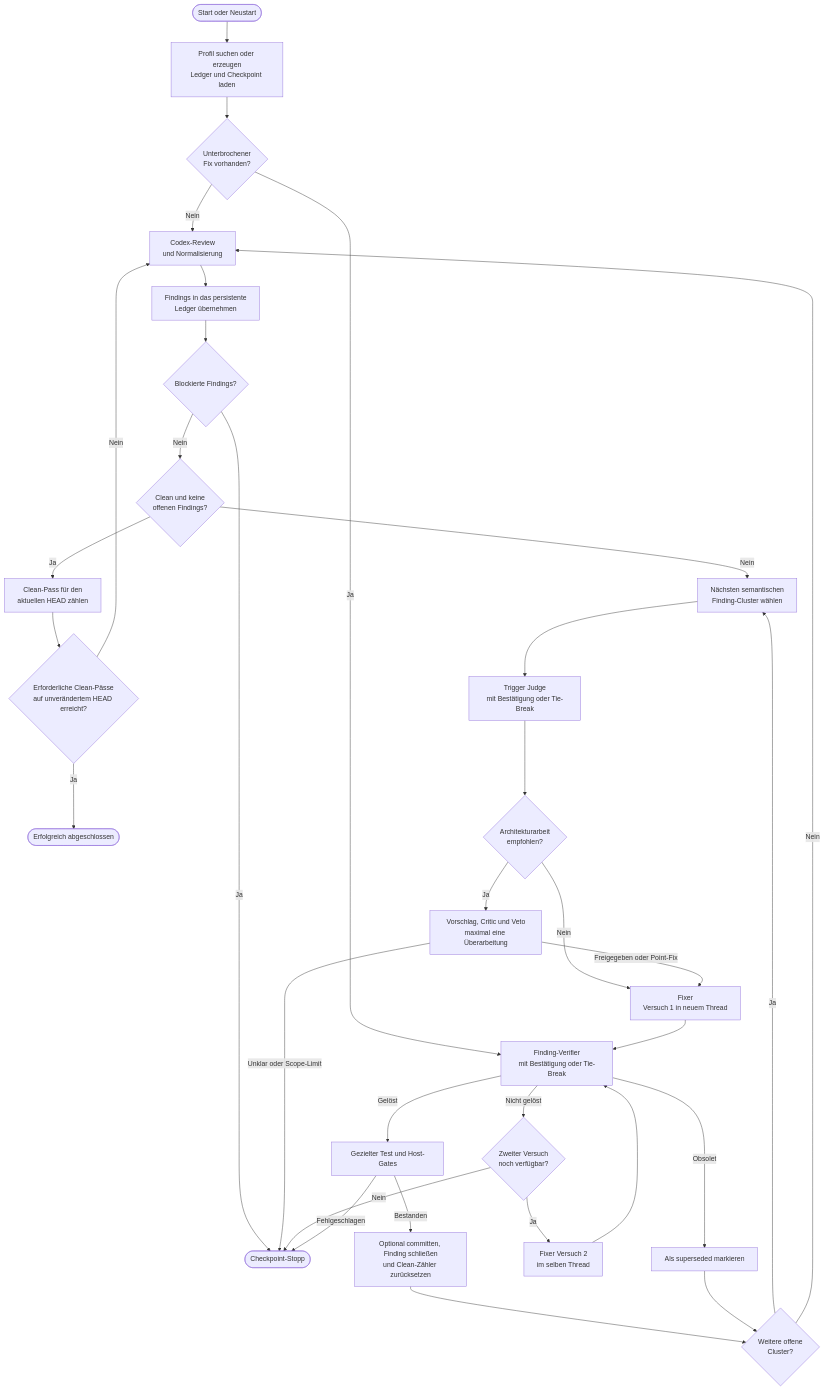
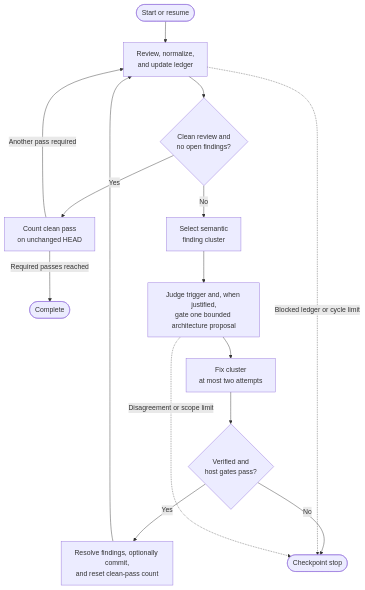
Before and after one commit to InnerLive/CodexReviewLoop: the diagram in README.md, drawn with Mermaid. The commit also changed other lines of this file and 14 other files, not shown here.

Commit message:
Translate public interface and simplify flow diagram

````diff
--- a/README.md
+++ b/README.md
@@ -47,40 +53,20 @@
 ```mermaid
 flowchart TD
-    start([Start oder Neustart]) --> config["Profil suchen oder erzeugen<br/>Ledger und Checkpoint laden"]
-    config --> resume{"Unterbrochener<br/>Fix vorhanden?"}
-    resume -- Nein --> review["Codex-Review<br/>und Normalisierung"]
-    resume -- Ja --> verify
+    start([Start or resume]) --> review["Review, normalize,<br/>and update ledger"]
+    review --> clean{"Clean review and<br/>no open findings?"}
 
-    review --> ledger["Findings in das persistente<br/>Ledger übernehmen"]
-    ledger --> blocked{"Blockierte Findings?"}
-    blocked -- Ja --> stop([Checkpoint-Stopp])
-    blocked -- Nein --> clean{"Clean und keine<br/>offenen Findings?"}
+    clean -- Yes --> passes["Count clean pass<br/>on unchanged HEAD"]
+    passes -- Required passes reached --> done([Complete])
+    passes -- Another pass required --> review
 
-    clean -- Ja --> count["Clean-Pass für den<br/>aktuellen HEAD zählen"]
-    count --> enough{"Erforderliche Clean-Pässe<br/>auf unverändertem HEAD erreicht?"}
-    enough -- Ja --> done([Erfolgreich abgeschlossen])
-    enough -- Nein --> review
+    clean -- No --> cluster["Select semantic<br/>finding cluster"]
+    cluster --> strategy["Judge trigger and, when justified,<br/>gate one bounded architecture proposal"]
+    strategy --> fix["Fix cluster<br/>at most two attempts"]
+    fix --> verify{"Verified and<br/>host gates pass?"}
+    verify -- Yes --> resolve["Resolve findings, optionally commit,<br/>and reset clean-pass count"]
+    resolve --> review
+    verify -- No --> stop([Checkpoint stop])
 
-    clean -- Nein --> cluster["Nächsten semantischen<br/>Finding-Cluster wählen"]
-    cluster --> trigger["Trigger Judge<br/>mit Bestätigung oder Tie-Break"]
-    trigger --> architecture{"Architekturarbeit<br/>empfohlen?"}
-    architecture -- Ja --> gate["Vorschlag, Critic und Veto<br/>maximal eine Überarbeitung"]
-    architecture -- Nein --> fix
-    gate -- Freigegeben oder Point-Fix --> fix["Fixer<br/>Versuch 1 in neuem Thread"]
-    gate -- Unklar oder Scope-Limit --> stop
-
-    fix --> verify["Finding-Verifier<br/>mit Bestätigung oder Tie-Break"]
-    verify -- Gelöst --> host["Gezielter Test und Host-Gates"]
-    verify -- Obsolet --> superseded["Als superseded markieren"]
-    verify -- Nicht gelöst --> retry{"Zweiter Versuch<br/>noch verfügbar?"}
-    retry -- Ja --> fix2["Fixer Versuch 2<br/>im selben Thread"]
-    fix2 --> verify
-    retry -- Nein --> stop
-
-    host -- Fehlgeschlagen --> stop
-    host -- Bestanden --> resolved["Optional committen, Finding schließen<br/>und Clean-Zähler zurücksetzen"]
-    resolved --> more{"Weitere offene<br/>Cluster?"}
-    superseded --> more
-    more -- Ja --> cluster
-    more -- Nein --> review
+    review -. Blocked ledger or cycle limit .-> stop
+    strategy -. Disagreement or scope limit .-> stop
 ```
````
